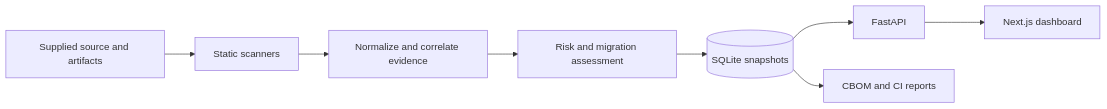
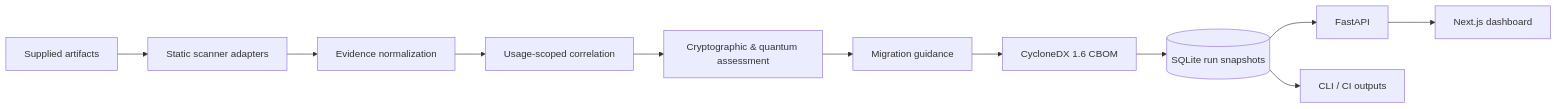
Before and after one commit to Siddharth-1447/QRYPTON: the diagram in README.md, drawn with Mermaid. The commit also changed other lines of this file, not shown here.

````diff
--- a/README.md
+++ b/README.md
@@ -63,10 +51,13 @@
 ```mermaid
 flowchart LR
-    Inputs["Supplied source and artifacts"] --> Scanners["Static scanners"]
-    Scanners --> Evidence["Normalize and correlate evidence"]
-    Evidence --> Risk["Risk and migration assessment"]
-    Risk --> Store[(SQLite snapshots)]
-    Store --> API["FastAPI"]
-    API --> Web["Next.js dashboard"]
-    Store --> Exports["CBOM and CI reports"]
+    A["Supplied artifacts"] --> B["Static scanner adapters"]
+    B --> C["Evidence normalization"]
+    C --> D["Usage-scoped correlation"]
+    D --> E["Cryptographic & quantum assessment"]
+    E --> F["Migration guidance"]
+    F --> G["CycloneDX 1.6 CBOM"]
+    G --> H[("SQLite run snapshots")]
+    H --> I["FastAPI"]
+    I --> J["Next.js dashboard"]
+    H --> K["CLI / CI outputs"]
 ```
````
